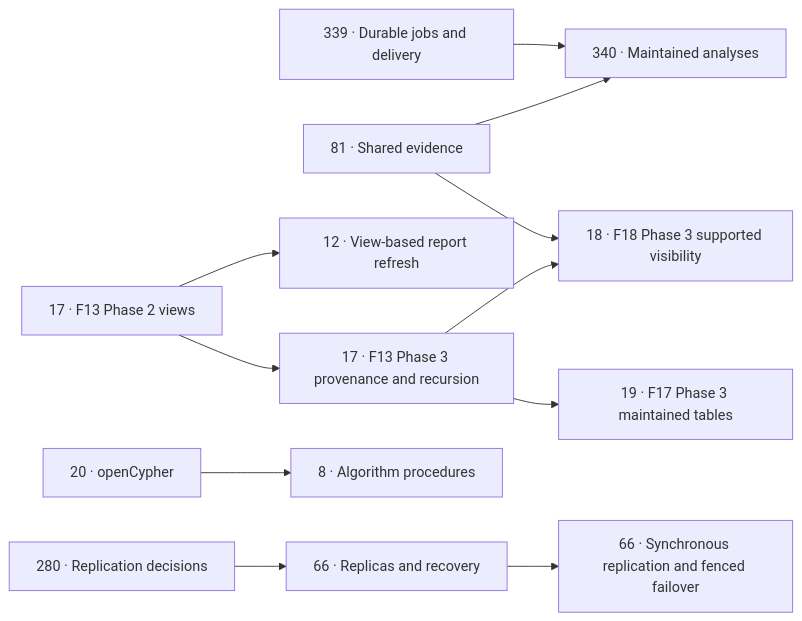
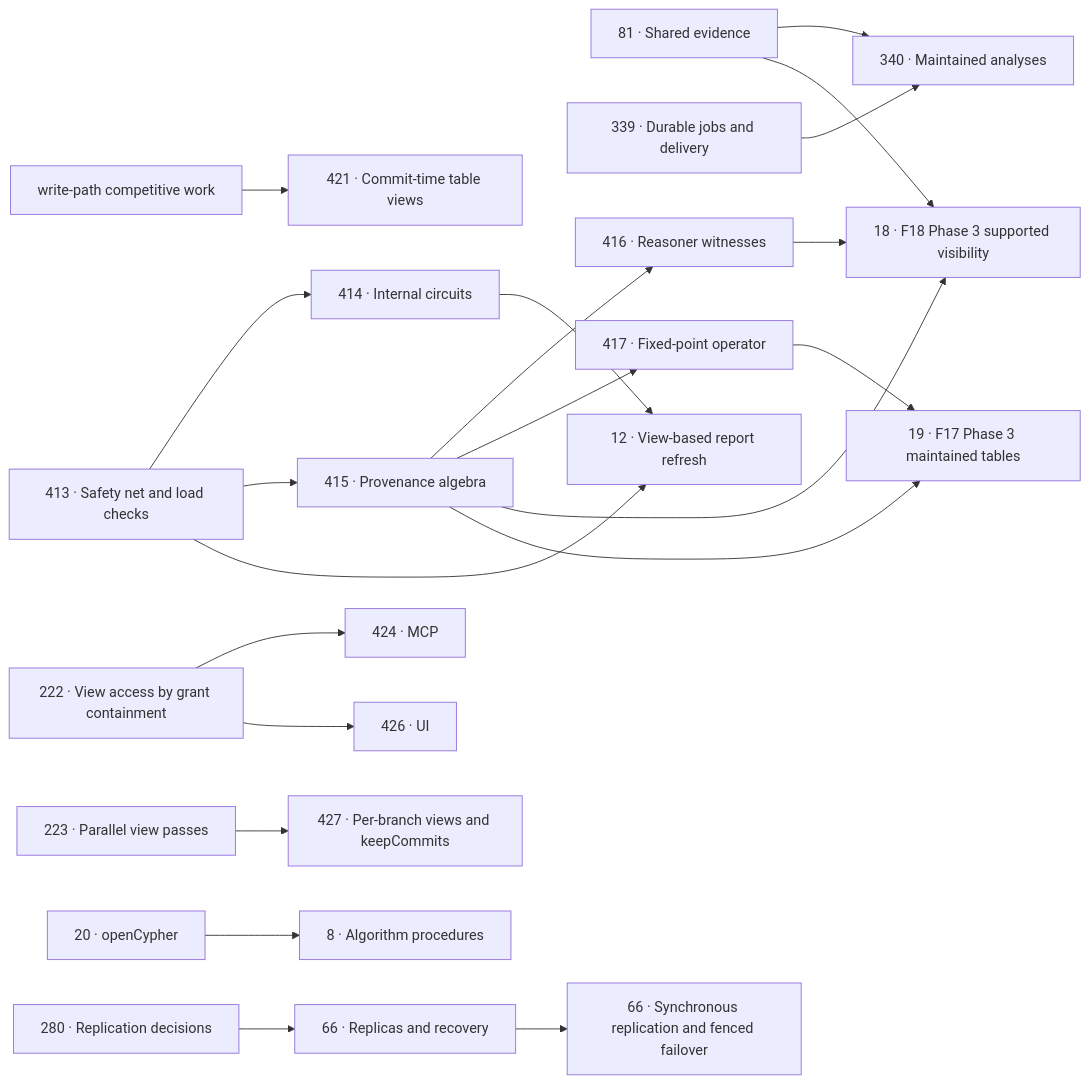
Before and after one commit to kclejeune/sparkles: the diagram in docs/ROADMAP.md, drawn with Mermaid. The commit also changed other lines of this file, not shown here.

````diff
--- a/docs/ROADMAP.md
+++ b/docs/ROADMAP.md
@@ -139,13 +188,23 @@
 ```mermaid
 flowchart LR
     E["81 · Shared evidence"] --> A["340 · Maintained analyses"]
     J["339 · Durable jobs and delivery"] --> A
-    I["17 · F13 Phase 2 views"] --> R["12 · View-based report refresh"]
-    I --> P["17 · F13 Phase 3 provenance and recursion"]
-    P --> T["19 · F17 Phase 3 maintained tables"]
-    P --> V["18 · F18 Phase 3 supported visibility"]
+    L0["413 · Safety net and load checks"] --> L1["414 · Internal circuits"]
+    L0 --> L2["415 · Provenance algebra"]
+    L2 --> L3["416 · Reasoner witnesses"]
+    L2 --> L4["417 · Fixed-point operator"]
+    L0 --> R["12 · View-based report refresh"]
+    L1 --> R
+    L2 --> V["18 · F18 Phase 3 supported visibility"]
+    L3 --> V
     E --> V
+    L2 --> T["19 · F17 Phase 3 maintained tables"]
+    L4 --> T
+    W["write-path competitive work"] --> L8["421 · Commit-time table views"]
+    P222["222 · View access by grant containment"] --> L11["424 · MCP"]
+    P222 --> L13["426 · UI"]
+    P223["223 · Parallel view passes"] --> L14["427 · Per-branch views and keepCommits"]
     C["20 · openCypher"] --> G["8 · Algorithm procedures"]
     B["280 · Replication decisions"] --> D["66 · Replicas and recovery"]
     D --> S["66 · Synchronous replication and fenced failover"]
 ```
````
